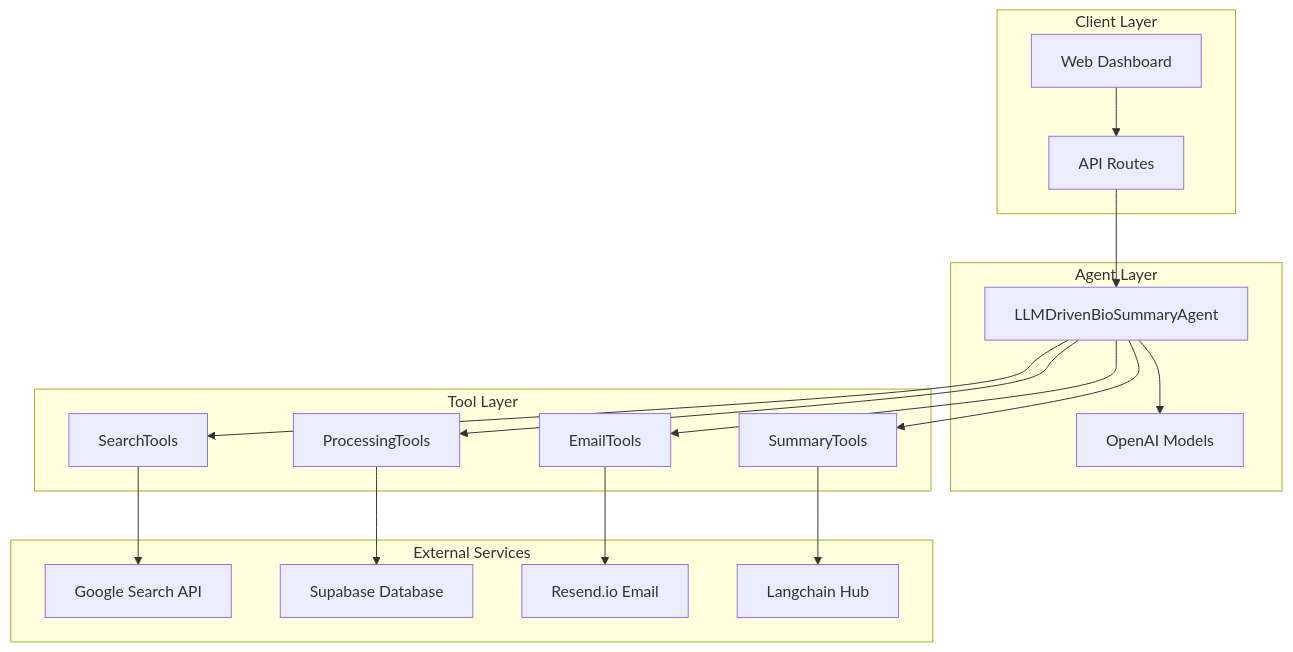
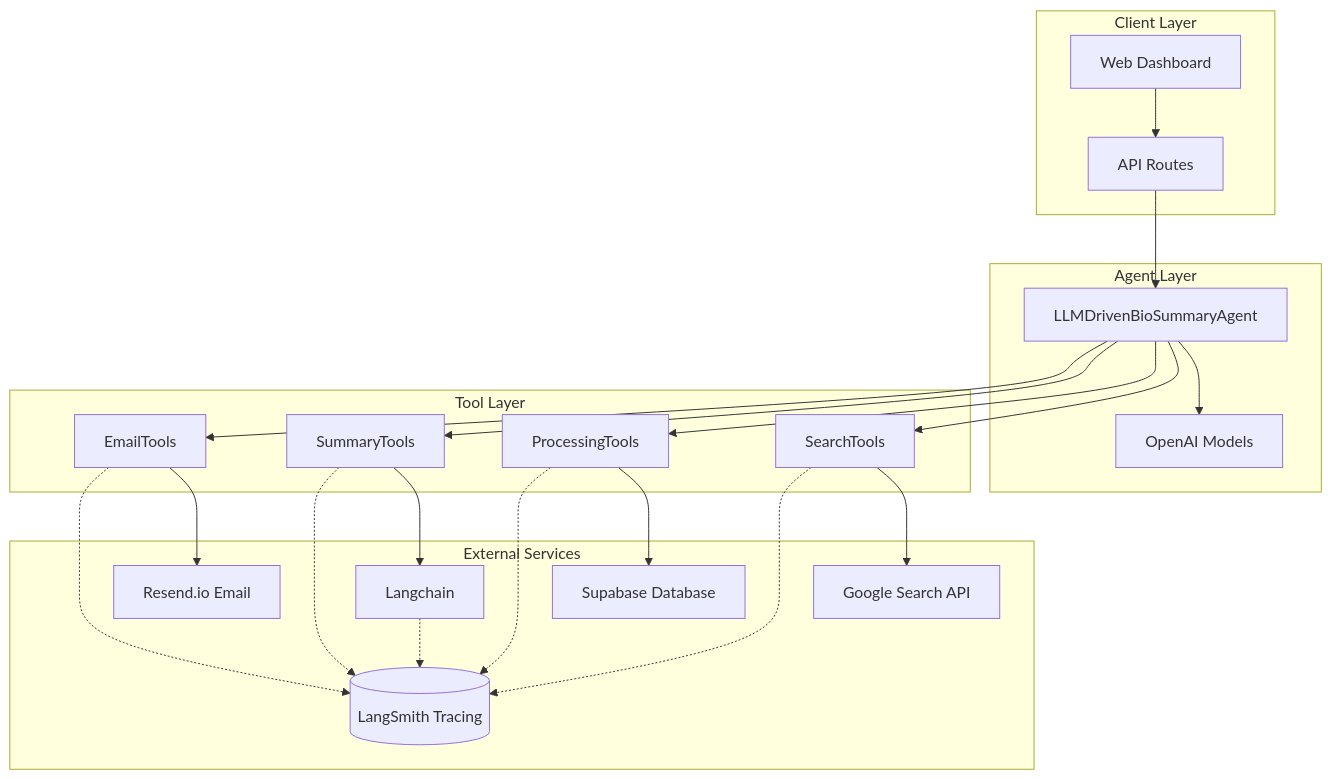
The diagram in README.md (ashtekar/agent-bio-summary-v2), drawn with Mermaid before and after one commit. The commit also changed other lines of this file and 3 other files, not shown here.

First line of the commit message:
Update documentation to reflect LangSmith integration

````diff
--- a/README.md
+++ b/README.md
@@ -29,39 +32,46 @@
 ```mermaid
 graph TB
     subgraph "Client Layer"
         UI[Web Dashboard]
         API[API Routes]
     end
     
     subgraph "Agent Layer"
         LLM_AGENT[LLMDrivenBioSummaryAgent]
         OPENAI[OpenAI Models]
     end
     
     subgraph "Tool Layer"
         SEARCH[SearchTools]
         PROCESSING[ProcessingTools]
         SUMMARY[SummaryTools]
         EMAIL[EmailTools]
     end
     
     subgraph "External Services"
         GOOGLE[Google Search API]
         SUPABASE[Supabase Database]
         RESEND[Resend.io Email]
-        LANGCHAIN[Langchain Hub]
+        LANGCHAIN[Langchain]
+        LANGSMITH[("LangSmith Tracing")]
     end
     
     UI --> API
     API --> LLM_AGENT
     LLM_AGENT --> OPENAI
     LLM_AGENT --> SEARCH
     LLM_AGENT --> PROCESSING
     LLM_AGENT --> SUMMARY
     LLM_AGENT --> EMAIL
     
     SEARCH --> GOOGLE
     PROCESSING --> SUPABASE
     SUMMARY --> LANGCHAIN
     EMAIL --> RESEND
+    
+    SEARCH -.-> LANGSMITH
+    PROCESSING -.-> LANGSMITH
+    SUMMARY -.-> LANGSMITH
+    EMAIL -.-> LANGSMITH
+    LANGCHAIN -.-> LANGSMITH
 ```
````
